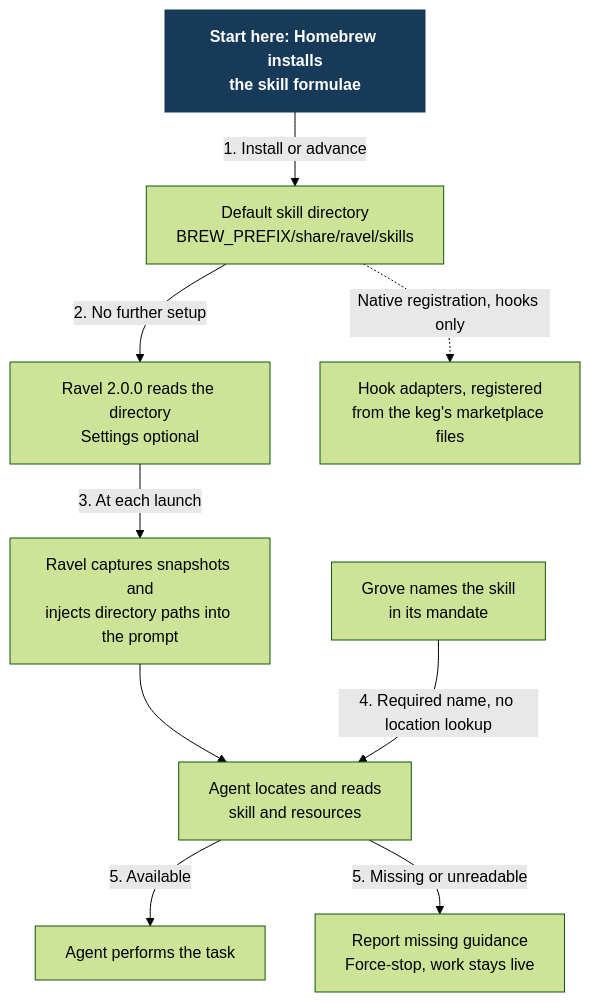
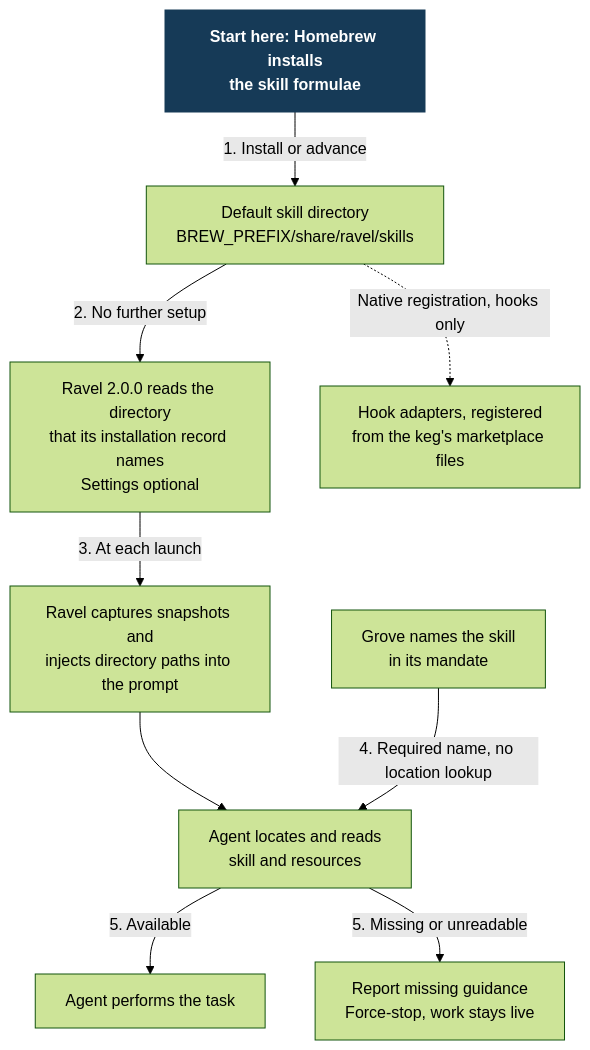
One commit to Linkuistics/grove changed the diagram in docs/design/harness-selection-and-execution/skill-delivery.mmd. Above: the diagram before and after it, drawn with Mermaid (forest theme). The commit also changed 15 other files, not shown here.

First line of the commit message:
Design Ravel's default skill directory and the native settings of the switch (ravel-default-skill-directory-k218)

```diff
--- a/docs/design/harness-selection-and-execution/skill-delivery.mmd
+++ b/docs/design/harness-selection-and-execution/skill-delivery.mmd
@@ -1,19 +1,19 @@
 flowchart TB
   Brew["Start here: Homebrew installs<br/>the skill formulae"]:::start
   Kegs["Default skill directory<br/>BREW_PREFIX/share/ravel/skills"]
-  Settings["Ravel 2.0.0 reads the directory<br/>Settings optional"]
+  Settings["Ravel 2.0.0 reads the directory<br/>that its installation record names<br/>Settings optional"]
   Ravel["Ravel captures snapshots and<br/>injects directory paths into the prompt"]
   Grove["Grove names the skill<br/>in its mandate"]
   Agent["Agent locates and reads<br/>skill and resources"]
   Missing["Report missing guidance<br/>Force-stop, work stays live"]
   Work["Agent performs the task"]
   Hooks["Hook adapters, registered<br/>from the keg's marketplace files"]
   Brew -->|"1. Install or advance"| Kegs
   Kegs -->|"2. No further setup"| Settings
   Settings -->|"3. At each launch"| Ravel
   Ravel --> Agent
   Grove -->|"4. Required name, no location lookup"| Agent
   Agent -->|"5. Available"| Work
   Agent -->|"5. Missing or unreadable"| Missing
   Kegs -.->|"Native registration, hooks only"| Hooks
   classDef start fill:#163a57,color:#fff,stroke:#163a57,font-weight:bold
```
